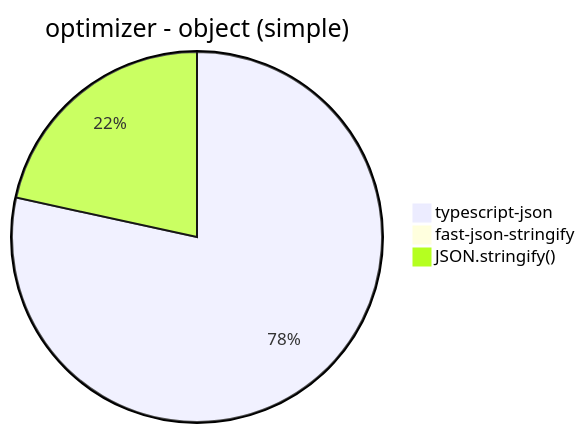
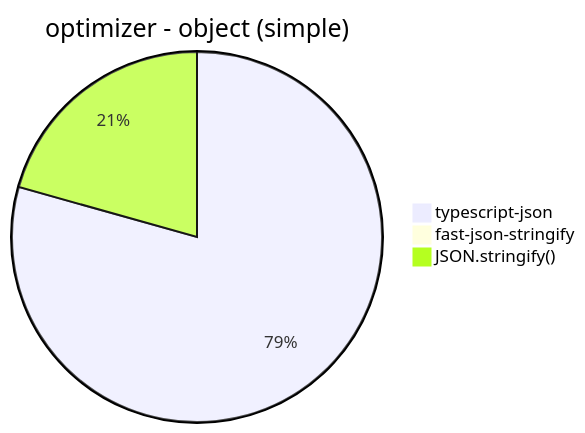
Diagram 15 of 30 in benchmark/results/Apple M1.md (samchon/typia), drawn with Mermaid before and after one commit. The commit also changed other lines of this file, not shown here.

````diff
--- a/benchmark/results/Apple M1.md
+++ b/benchmark/results/Apple M1.md
@@ -157,6 +158,6 @@
 ```mermaid
 pie title optimizer - object (simple)
-  "typescript-json": 49317.6233266092
-  "fast-json-stringify": 9.978991596638656
-  "JSON.stringify()": 13574.913526306207
+  "typescript-json": 50590.060964345095
+  "fast-json-stringify": 10.26367014687666
+  "JSON.stringify()": 13155.702538434036
 ```
````
